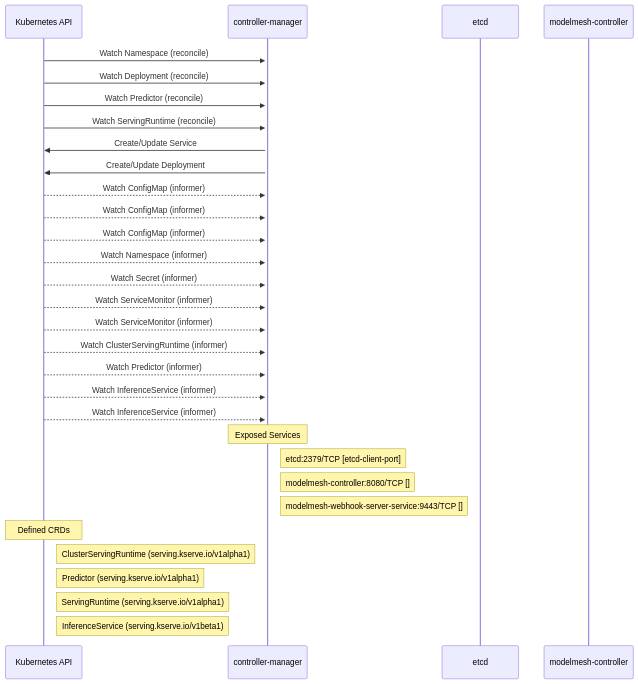
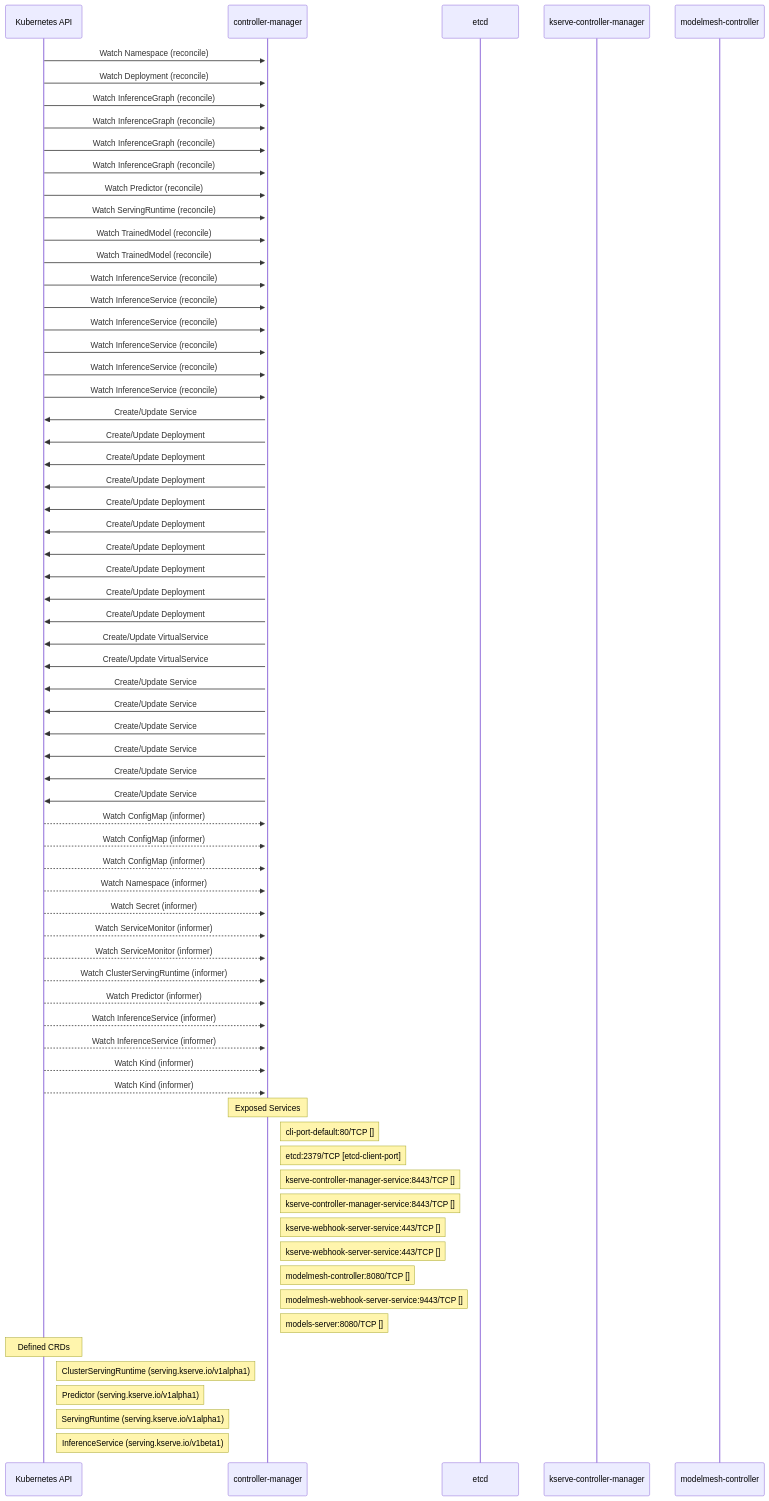
One commit to ugiordan/rhoai-architecture-analyzer changed the diagram in site/docs/use-cases/odh-platform/components/modelmesh_serving/dataflow.md. Above: the diagram before and after it, drawn with Mermaid. The commit also changed other lines of this file and 402 other files, not shown here.

````diff
--- a/site/docs/use-cases/odh-platform/components/modelmesh_serving/dataflow.md
+++ b/site/docs/use-cases/odh-platform/components/modelmesh_serving/dataflow.md
@@ -31,38 +79,75 @@
 ```mermaid
 sequenceDiagram
     %% Static dataflow for modelmesh-serving
 
     participant KubernetesAPI as Kubernetes API
     participant controller_manager as controller-manager
     participant etcd as etcd
+    participant kserve_controller_manager as kserve-controller-manager
     participant modelmesh_controller as modelmesh-controller
 
     KubernetesAPI->>+controller_manager: Watch Namespace (reconcile)
     KubernetesAPI->>+controller_manager: Watch Deployment (reconcile)
+    KubernetesAPI->>+controller_manager: Watch InferenceGraph (reconcile)
+    KubernetesAPI->>+controller_manager: Watch InferenceGraph (reconcile)
+    KubernetesAPI->>+controller_manager: Watch InferenceGraph (reconcile)
+    KubernetesAPI->>+controller_manager: Watch InferenceGraph (reconcile)
     KubernetesAPI->>+controller_manager: Watch Predictor (reconcile)
     KubernetesAPI->>+controller_manager: Watch ServingRuntime (reconcile)
+    KubernetesAPI->>+controller_manager: Watch TrainedModel (reconcile)
+    KubernetesAPI->>+controller_manager: Watch TrainedModel (reconcile)
+    KubernetesAPI->>+controller_manager: Watch InferenceService (reconcile)
+    KubernetesAPI->>+controller_manager: Watch InferenceService (reconcile)
+    KubernetesAPI->>+controller_manager: Watch InferenceService (reconcile)
+    KubernetesAPI->>+controller_manager: Watch InferenceService (reconcile)
+    KubernetesAPI->>+controller_manager: Watch InferenceService (reconcile)
+    KubernetesAPI->>+controller_manager: Watch InferenceService (reconcile)
     controller_manager->>KubernetesAPI: Create/Update Service
     controller_manager->>KubernetesAPI: Create/Update Deployment
+    controller_manager->>KubernetesAPI: Create/Update Deployment
+    controller_manager->>KubernetesAPI: Create/Update Deployment
+    controller_manager->>KubernetesAPI: Create/Update Deployment
+    controller_manager->>KubernetesAPI: Create/Update Deployment
+    controller_manager->>KubernetesAPI: Create/Update Deployment
+    controller_manager->>KubernetesAPI: Create/Update Deployment
+    controller_manager->>KubernetesAPI: Create/Update Deployment
+    controller_manager->>KubernetesAPI: Create/Update Deployment
+    controller_manager->>KubernetesAPI: Create/Update VirtualService
+    controller_manager->>KubernetesAPI: Create/Update VirtualService
+    controller_manager->>KubernetesAPI: Create/Update Service
+    controller_manager->>KubernetesAPI: Create/Update Service
+    controller_manager->>KubernetesAPI: Create/Update Service
+    controller_manager->>KubernetesAPI: Create/Update Service
+    controller_manager->>KubernetesAPI: Create/Update Service
+    controller_manager->>KubernetesAPI: Create/Update Service
     KubernetesAPI-->>+controller_manager: Watch ConfigMap (informer)
     KubernetesAPI-->>+controller_manager: Watch ConfigMap (informer)
     KubernetesAPI-->>+controller_manager: Watch ConfigMap (informer)
     KubernetesAPI-->>+controller_manager: Watch Namespace (informer)
     KubernetesAPI-->>+controller_manager: Watch Secret (informer)
     KubernetesAPI-->>+controller_manager: Watch ServiceMonitor (informer)
     KubernetesAPI-->>+controller_manager: Watch ServiceMonitor (informer)
     KubernetesAPI-->>+controller_manager: Watch ClusterServingRuntime (informer)
     KubernetesAPI-->>+controller_manager: Watch Predictor (informer)
     KubernetesAPI-->>+controller_manager: Watch InferenceService (informer)
     KubernetesAPI-->>+controller_manager: Watch InferenceService (informer)
+    KubernetesAPI-->>+controller_manager: Watch Kind (informer)
+    KubernetesAPI-->>+controller_manager: Watch Kind (informer)
 
     Note over controller_manager: Exposed Services
+    Note right of controller_manager: cli-port-default:80/TCP []
     Note right of controller_manager: etcd:2379/TCP [etcd-client-port]
+    Note right of controller_manager: kserve-controller-manager-service:8443/TCP []
+    Note right of controller_manager: kserve-controller-manager-service:8443/TCP []
+    Note right of controller_manager: kserve-webhook-server-service:443/TCP []
+    Note right of controller_manager: kserve-webhook-server-service:443/TCP []
     Note right of controller_manager: modelmesh-controller:8080/TCP []
     Note right of controller_manager: modelmesh-webhook-server-service:9443/TCP []
+    Note right of controller_manager: models-server:8080/TCP []
 
     Note over KubernetesAPI: Defined CRDs
     Note right of KubernetesAPI: ClusterServingRuntime (serving.kserve.io/v1alpha1)
     Note right of KubernetesAPI: Predictor (serving.kserve.io/v1alpha1)
     Note right of KubernetesAPI: ServingRuntime (serving.kserve.io/v1alpha1)
     Note right of KubernetesAPI: InferenceService (serving.kserve.io/v1beta1)
 ```
````
